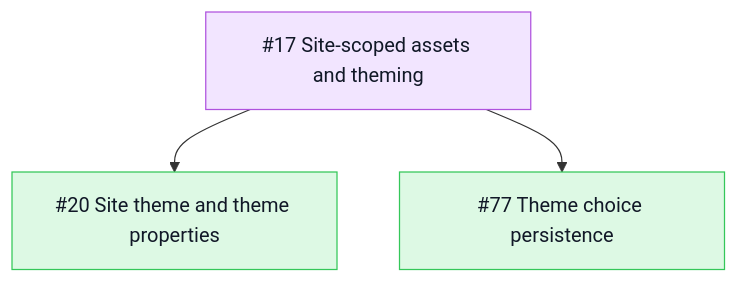
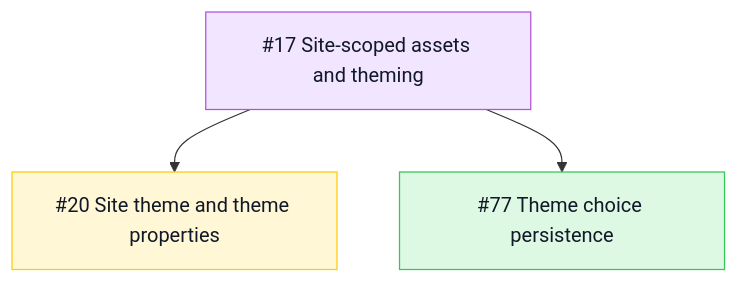
The fourth of 9 diagrams in README.md (TileDown/tile-down), drawn with Mermaid before and after one commit.

Commit message:
docs(readme): correct theming roadmap status

````diff
--- a/README.md
+++ b/README.md
@@ -106,11 +106,11 @@
 ```mermaid
 flowchart TD
   Epic["#17 Site-scoped assets and theming"]:::epic
-  Epic --> Theme["#20 Site theme and theme properties"]:::done
+  Epic --> Theme["#20 Site theme and theme properties"]:::review
   Epic --> Persistence["#77 Theme choice persistence"]:::done
 
   classDef done fill:#ddf9e4,stroke:#34c759,color:#111827
   classDef review fill:#fff7d6,stroke:#ffcc00,color:#111827
   classDef epic fill:#f2e5ff,stroke:#af52de,color:#111827
   classDef todo fill:#f2f2f7,stroke:#8e8e93,color:#111827
 ```
````
